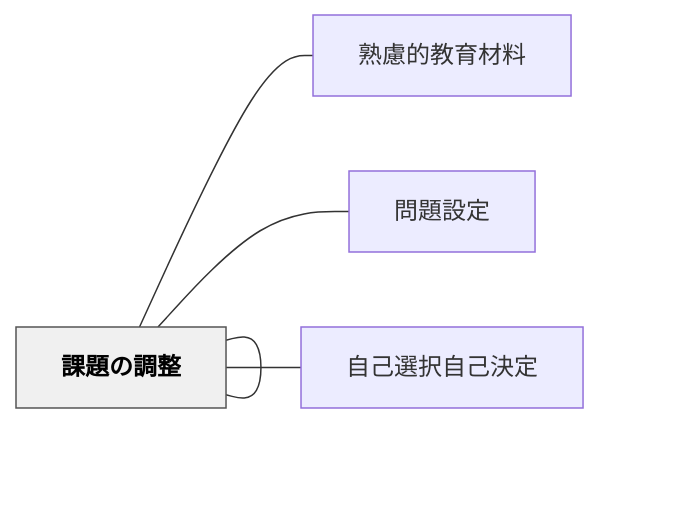
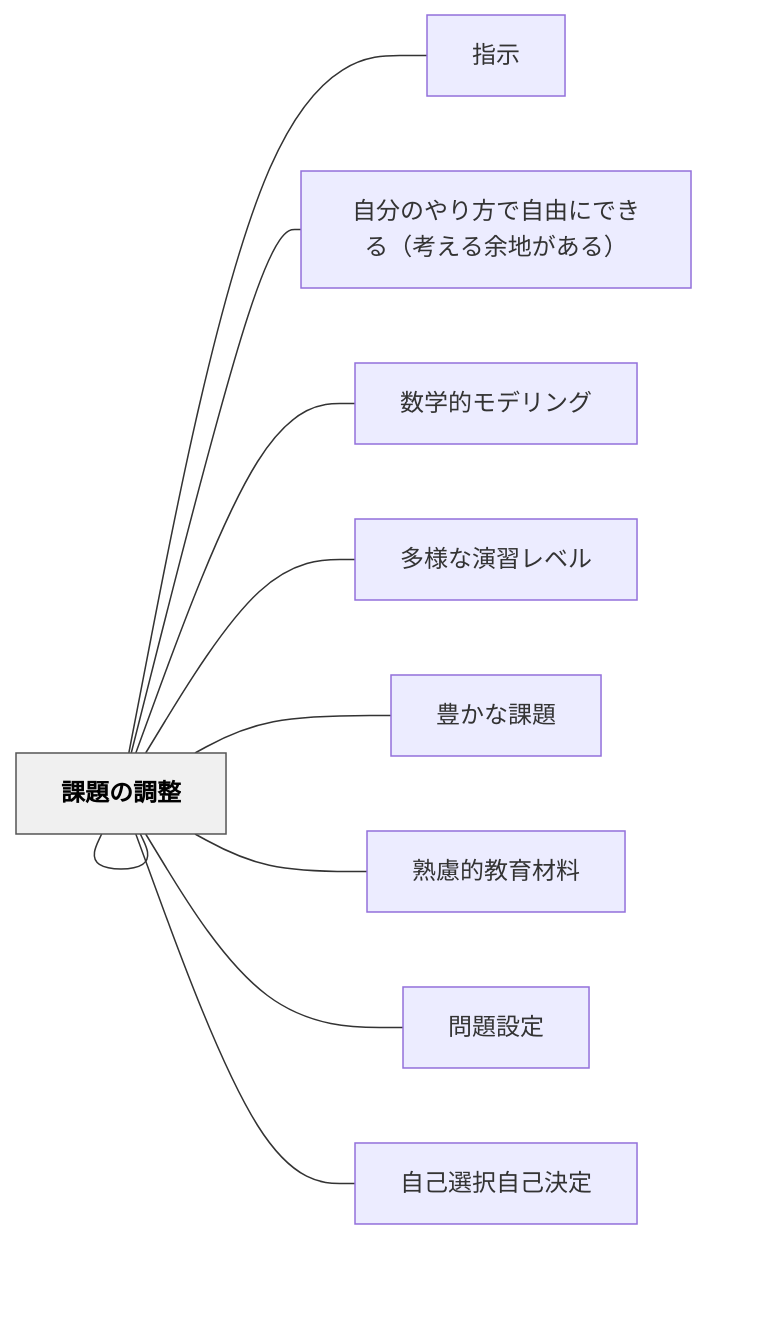
The diagram in content/パタン/課題設定.md (unknownthings-ed-patterns/unknownthings-ed-patterns), drawn with Mermaid before and after one commit. The commit also changed other lines of this file and 473 other files, not shown here.

````diff
--- a/content/パタン/課題設定.md
+++ b/content/パタン/課題設定.md
@@ -45,16 +50,26 @@
 ```mermaid
 flowchart LR
     ne8aab2e9a18c["課題設定"]
+    ne68c87e7a4ba["指示"]
+    ne887aae58886["自分のやり方で自由にできる（考える余地がある）"]
+    ne695b0e5ada6["数学的モデリング"]
+    ne5a49ae6a798["多様な演習レベル"]
+    ne8b18ae3818b["豊かな課題"]
     ne7869fe685ae["熟慮的教育材料"]
     ne5958fe9a18c["問題設定"]
     ne8aab2e9a18c["課題の調整"]
     ne887aae5b7b1["自己選択自己決定"]
 
+    ne8aab2e9a18c --- ne68c87e7a4ba
+    ne8aab2e9a18c --- ne887aae58886
+    ne8aab2e9a18c --- ne695b0e5ada6
+    ne8aab2e9a18c --- ne5a49ae6a798
+    ne8aab2e9a18c --- ne8b18ae3818b
     ne8aab2e9a18c --- ne7869fe685ae
     ne8aab2e9a18c --- ne5958fe9a18c
     ne8aab2e9a18c --- ne8aab2e9a18c
     ne8aab2e9a18c --- ne887aae5b7b1
 
     classDef hub fill:#f0f0f0,stroke:#555,color:#000,font-weight:bold
     class ne8aab2e9a18c hub
 ```
````
